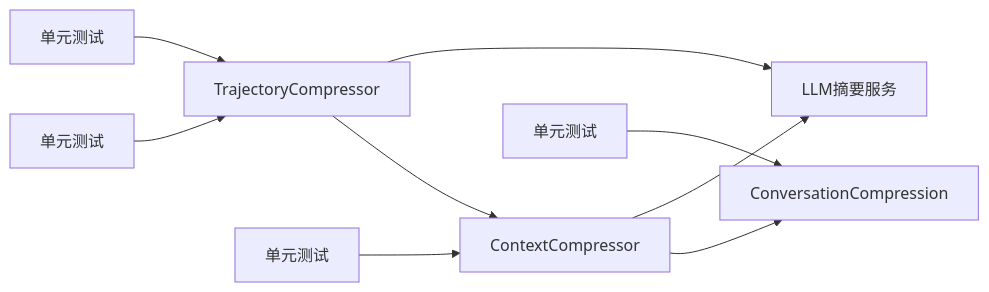
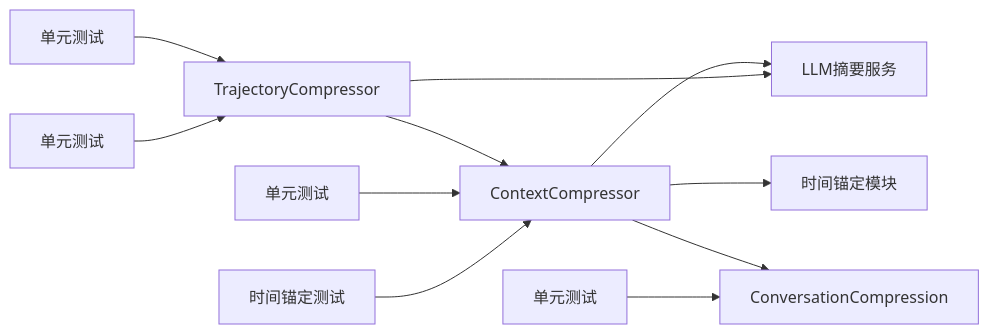
Before and after one commit to haolange/hermes-agent: the fourth of 4 diagrams in .qoder/repowiki/zh/content/记忆和上下文管理/上下文处理/上下文压缩算法.md, drawn with Mermaid. The commit also changed other lines of this file and 5 other files, not shown here.

````diff
--- a/.qoder/repowiki/zh/content/记忆和上下文管理/上下文处理/上下文压缩算法.md
+++ b/.qoder/repowiki/zh/content/记忆和上下文管理/上下文处理/上下文压缩算法.md
@@ -185,11 +231,13 @@
 ```mermaid
 graph LR
 CC["ContextCompressor"] --> CONV["ConversationCompression"]
 CC --> LLM["LLM摘要服务"]
+CC --> TEMP["时间锚定模块"]
 TRAJ["TrajectoryCompressor"] --> CC
 TRAJ --> LLM
 T1["单元测试"] --> CC
 T2["单元测试"] --> CONV
-T3["单元测试"] --> TRAJ
+T3["时间锚定测试"] --> CC
 T4["单元测试"] --> TRAJ
+T5["单元测试"] --> TRAJ
 ```
````
